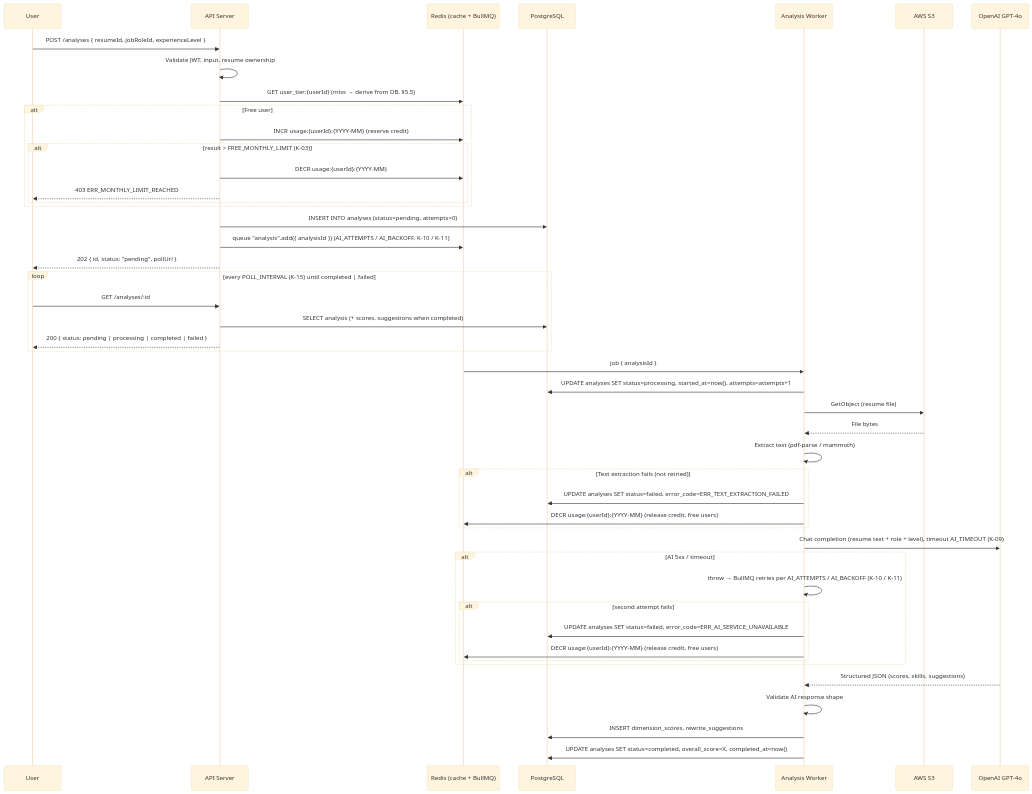
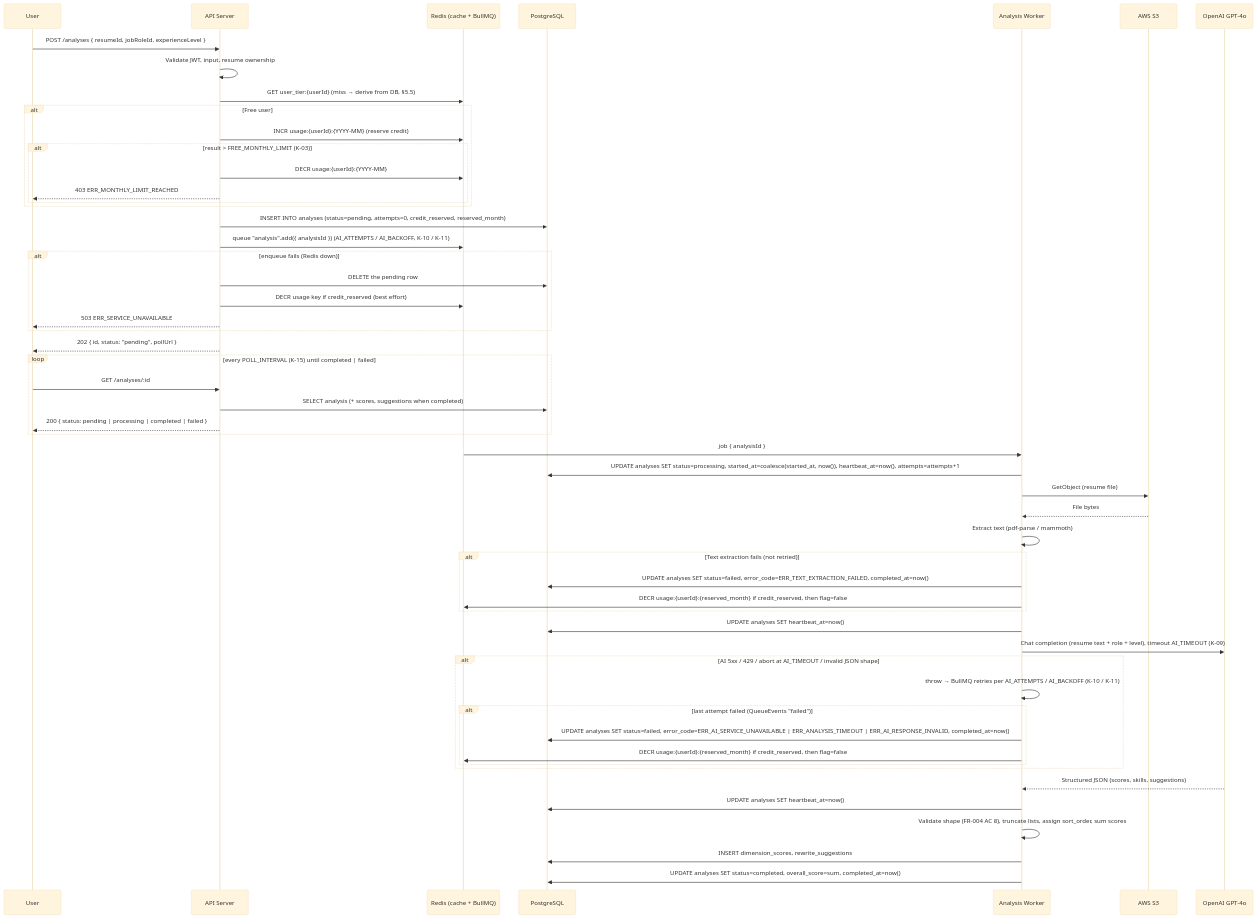
Before and after one commit to divii-school/spec-homework: the third of 6 diagrams in sovan/spec.md, drawn with Mermaid (base theme). The commit also changed other lines of this file, not shown here.

Commit message:
docs(spec): v1.3 step 3 — analysis job state machine: heartbeat + stalled sweep, enqueue rollback, credit_reserved/reserved_month accounting, retry cap, AI response validation, INSERT-before-PutObject, soft-delete resumes

````diff
--- a/sovan/spec.md
+++ b/sovan/spec.md
@@ -380,52 +385,59 @@
 ```mermaid
 sequenceDiagram
     participant U as User
     participant A as API Server
     participant R as Redis (cache + BullMQ)
     participant DB as PostgreSQL
     participant W as Analysis Worker
     participant S3 as AWS S3
     participant AI as OpenAI GPT-4o
 
     U->>A: POST /analyses { resumeId, jobRoleId, experienceLevel }
     A->>A: Validate JWT, input, resume ownership
     A->>R: GET user_tier:{userId} (miss → derive from DB, §5.5)
     alt Free user
         A->>R: INCR usage:{userId}:{YYYY-MM} (reserve credit)
         alt result > FREE_MONTHLY_LIMIT (K-03)
             A->>R: DECR usage:{userId}:{YYYY-MM}
             A-->>U: 403 ERR_MONTHLY_LIMIT_REACHED
         end
     end
-    A->>DB: INSERT INTO analyses (status=pending, attempts=0)
+    A->>DB: INSERT INTO analyses (status=pending, attempts=0, credit_reserved, reserved_month)
     A->>R: queue "analysis".add({ analysisId }) (AI_ATTEMPTS / AI_BACKOFF, K-10 / K-11)
+    alt enqueue fails (Redis down)
+        A->>DB: DELETE the pending row
+        A->>R: DECR usage key if credit_reserved (best effort)
+        A-->>U: 503 ERR_SERVICE_UNAVAILABLE
+    end
     A-->>U: 202 { id, status: "pending", pollUrl }
 
     loop every POLL_INTERVAL (K-15) until completed | failed
         U->>A: GET /analyses/:id
         A->>DB: SELECT analysis (+ scores, suggestions when completed)
         A-->>U: 200 { status: pending | processing | completed | failed }
     end
 
     R->>W: job { analysisId }
-    W->>DB: UPDATE analyses SET status=processing, started_at=now(), attempts=attempts+1
+    W->>DB: UPDATE analyses SET status=processing, started_at=coalesce(started_at, now()), heartbeat_at=now(), attempts=attempts+1
     W->>S3: GetObject (resume file)
     S3-->>W: File bytes
     W->>W: Extract text (pdf-parse / mammoth)
     alt Text extraction fails (not retried)
-        W->>DB: UPDATE analyses SET status=failed, error_code=ERR_TEXT_EXTRACTION_FAILED
-        W->>R: DECR usage:{userId}:{YYYY-MM} (release credit, free users)
+        W->>DB: UPDATE analyses SET status=failed, error_code=ERR_TEXT_EXTRACTION_FAILED, completed_at=now()
+        W->>R: DECR usage:{userId}:{reserved_month} if credit_reserved, then flag=false
     end
+    W->>DB: UPDATE analyses SET heartbeat_at=now()
     W->>AI: Chat completion (resume text + role + level), timeout AI_TIMEOUT (K-09)
-    alt AI 5xx / timeout
+    alt AI 5xx / 429 / abort at AI_TIMEOUT / invalid JSON shape
         W->>W: throw → BullMQ retries per AI_ATTEMPTS / AI_BACKOFF (K-10 / K-11)
-        alt second attempt fails
-            W->>DB: UPDATE analyses SET status=failed, error_code=ERR_AI_SERVICE_UNAVAILABLE
-            W->>R: DECR usage:{userId}:{YYYY-MM} (release credit, free users)
+        alt last attempt failed (QueueEvents "failed")
+            W->>DB: UPDATE analyses SET status=failed, error_code=ERR_AI_SERVICE_UNAVAILABLE | ERR_ANALYSIS_TIMEOUT | ERR_AI_RESPONSE_INVALID, completed_at=now()
+            W->>R: DECR usage:{userId}:{reserved_month} if credit_reserved, then flag=false
         end
     end
     AI-->>W: Structured JSON (scores, skills, suggestions)
-    W->>W: Validate AI response shape
+    W->>DB: UPDATE analyses SET heartbeat_at=now()
+    W->>W: Validate shape (FR-004 AC 8), truncate lists, assign sort_order, sum scores
     W->>DB: INSERT dimension_scores, rewrite_suggestions
-    W->>DB: UPDATE analyses SET status=completed, overall_score=X, completed_at=now()
+    W->>DB: UPDATE analyses SET status=completed, overall_score=sum, completed_at=now()
 ```
````
